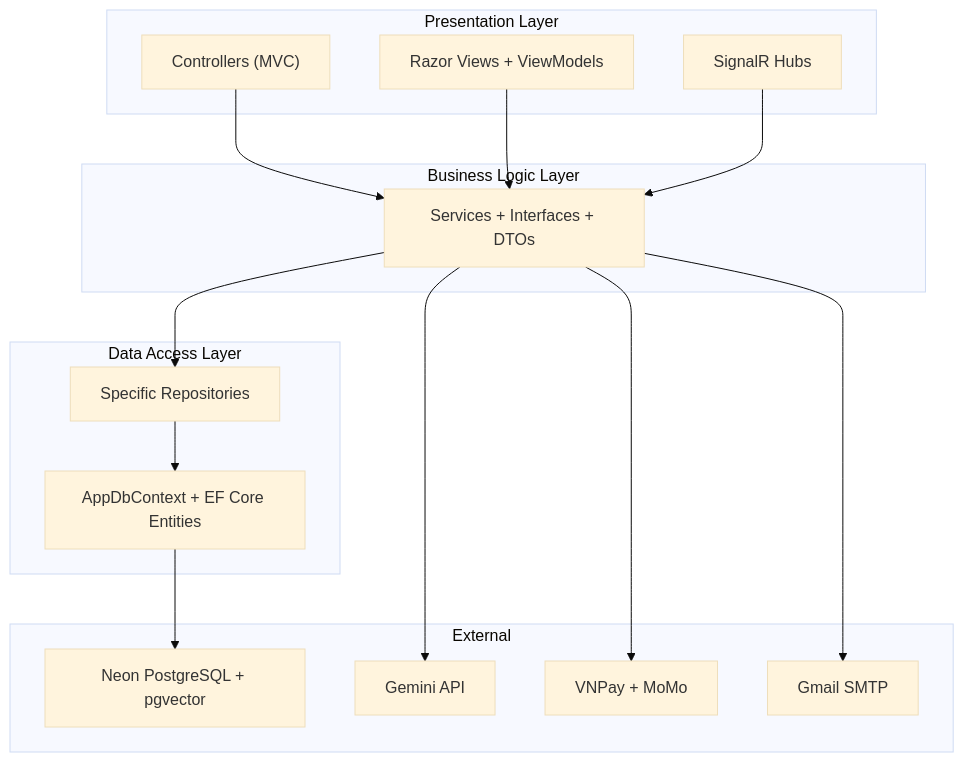
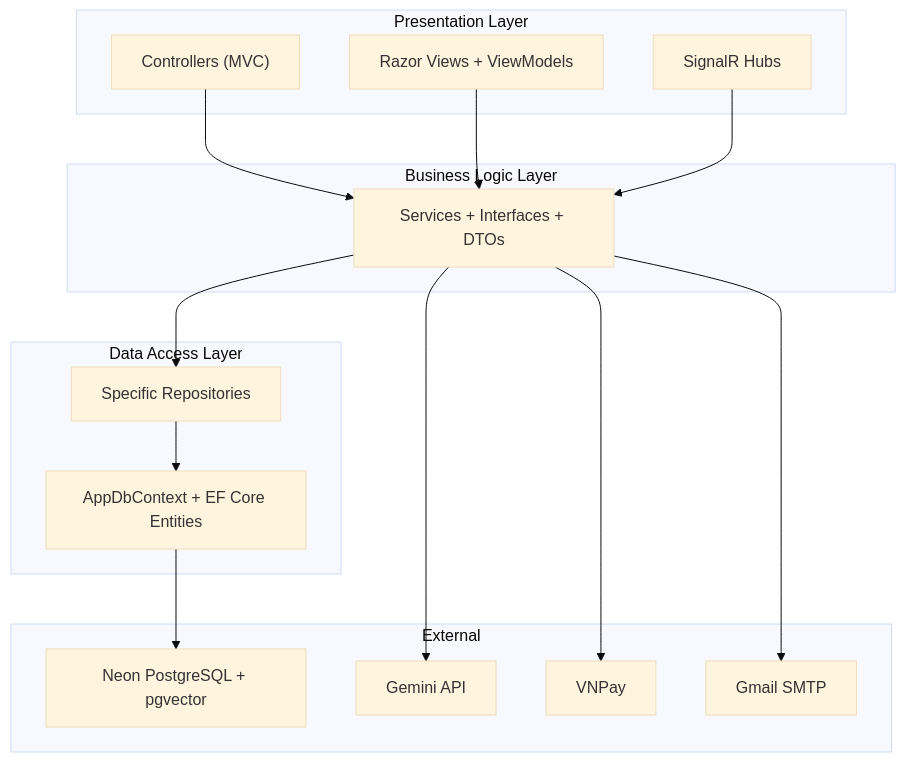
One commit to ivorlee22/CourseProjectPRN222 changed the first of 3 diagrams in implementation_plan.md. Above: the diagram before and after it, drawn with Mermaid (base theme). The commit also changed other lines of this file and 34 other files, not shown here.

````diff
--- a/implementation_plan.md
+++ b/implementation_plan.md
@@ -28,29 +28,29 @@
 ```mermaid
 graph TB
     subgraph "Presentation Layer"
         C["Controllers (MVC)"]
         V["Razor Views + ViewModels"]
         HUB["SignalR Hubs"]
     end
 
     subgraph "Business Logic Layer"
         SVC["Services + Interfaces + DTOs"]
     end
 
     subgraph "Data Access Layer"
         REPO["Specific Repositories"]
         CTX["AppDbContext + EF Core Entities"]
     end
 
     subgraph "External"
         DB["Neon PostgreSQL + pgvector"]
         AI["Gemini API"]
-        PAY["VNPay + MoMo"]
+        PAY["VNPay"]
         SMTP["Gmail SMTP"]
     end
 
     C & V & HUB --> SVC --> REPO --> CTX --> DB
     SVC --> AI
     SVC --> PAY
     SVC --> SMTP
 ```
````
